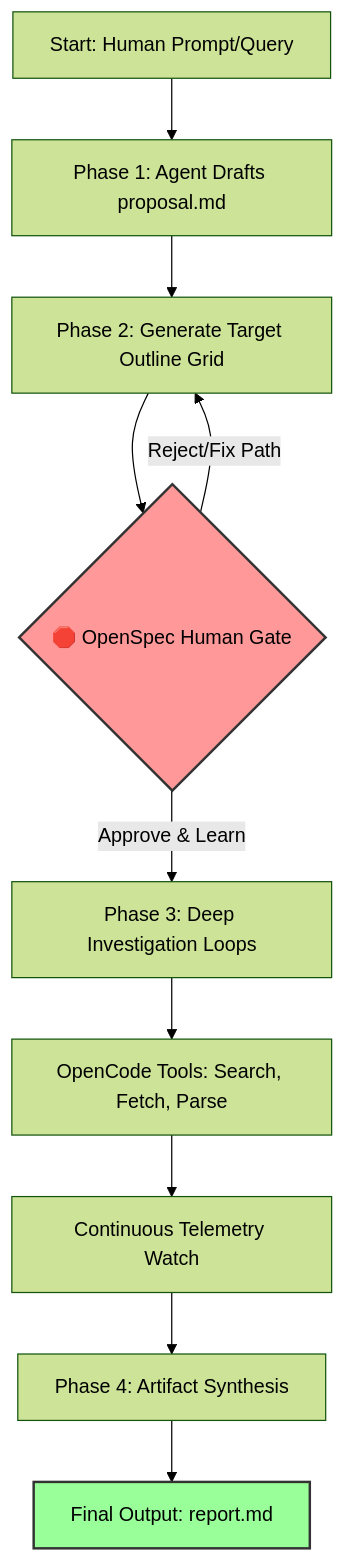
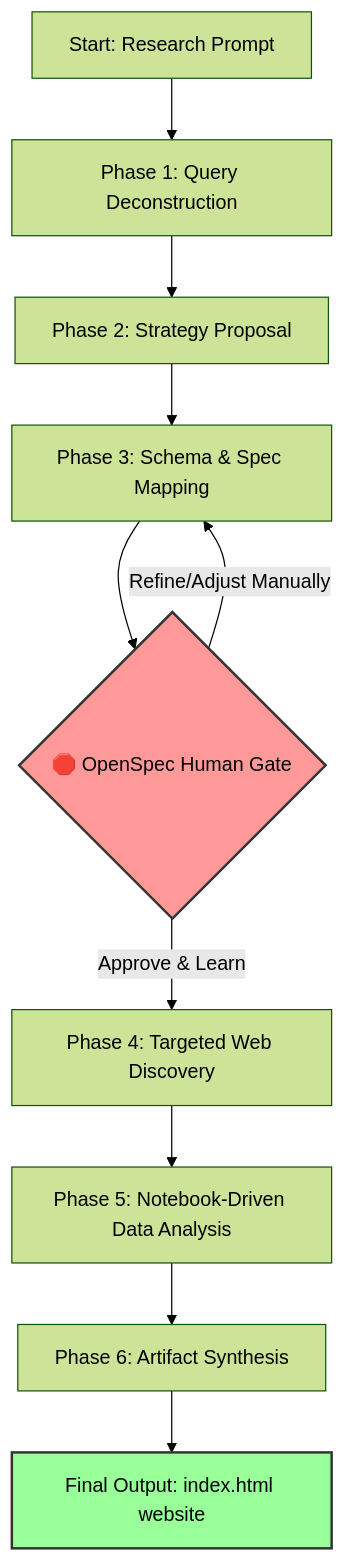
Before and after one commit to alexleun/Human_in_the_loop_deep_reasearch_skill: the diagram in README.md, drawn with Mermaid (forest theme). The commit also changed other lines of this file, not shown here.

````diff
--- a/README.md
+++ b/README.md
@@ -41,18 +41,18 @@
 ```mermaid
 graph TD
-    A[Start: Human Prompt/Query] --> B[Phase 1: Agent Drafts proposal.md]
-    B --> C[Phase 2: Generate Target Outline Grid]
-    C --> D{🛑 OpenSpec Human Gate}
+    A[Start: Research Prompt] --> B[Phase 1: Query Deconstruction]
+    B --> C[Phase 2: Strategy Proposal]
+    C --> D[Phase 3: Schema & Spec Mapping]
+    D --> E{🛑 OpenSpec Human Gate}
     
-    D -- "Reject/Fix Path" --> C
-    D -- "Approve & Learn" --> E[Phase 3: Deep Investigation Loops]
+    E -- "Refine/Adjust Manually" --> D
+    E -- "Approve & Learn" --> F[Phase 4: Targeted Web Discovery]
     
-    E --> F[OpenCode Tools: Search, Fetch, Parse]
-    F --> G[Continuous Telemetry Watch]
-    G --> H[Phase 4: Artifact Synthesis]
-    H --> I[Final Output: report.md]
+    F --> G[Phase 5: Notebook-Driven Data Analysis]
+    G --> H[Phase 6: Artifact Synthesis]
+    H --> I[Final Output: index.html website]
     
-    style D fill:#ff9999,stroke:#333,stroke-width:2px;
+    style E fill:#ff9999,stroke:#333,stroke-width:2px;
     style I fill:#99ff99,stroke:#333,stroke-width:2px;
 
 ```
````
